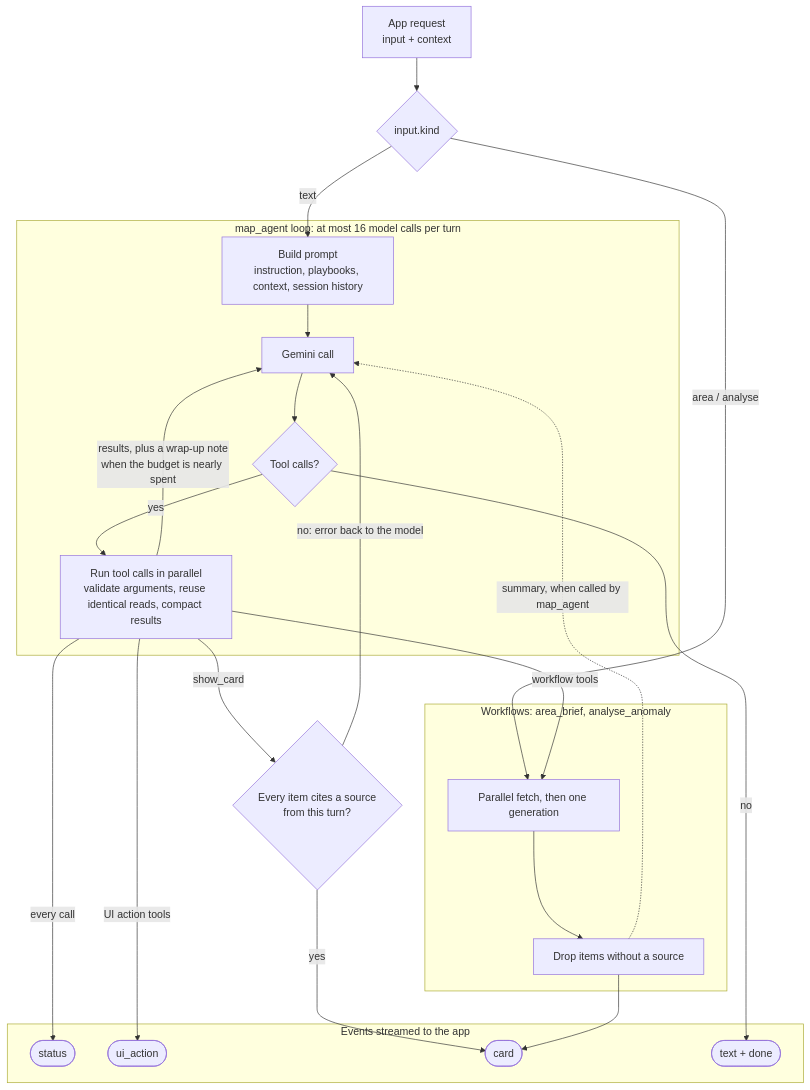
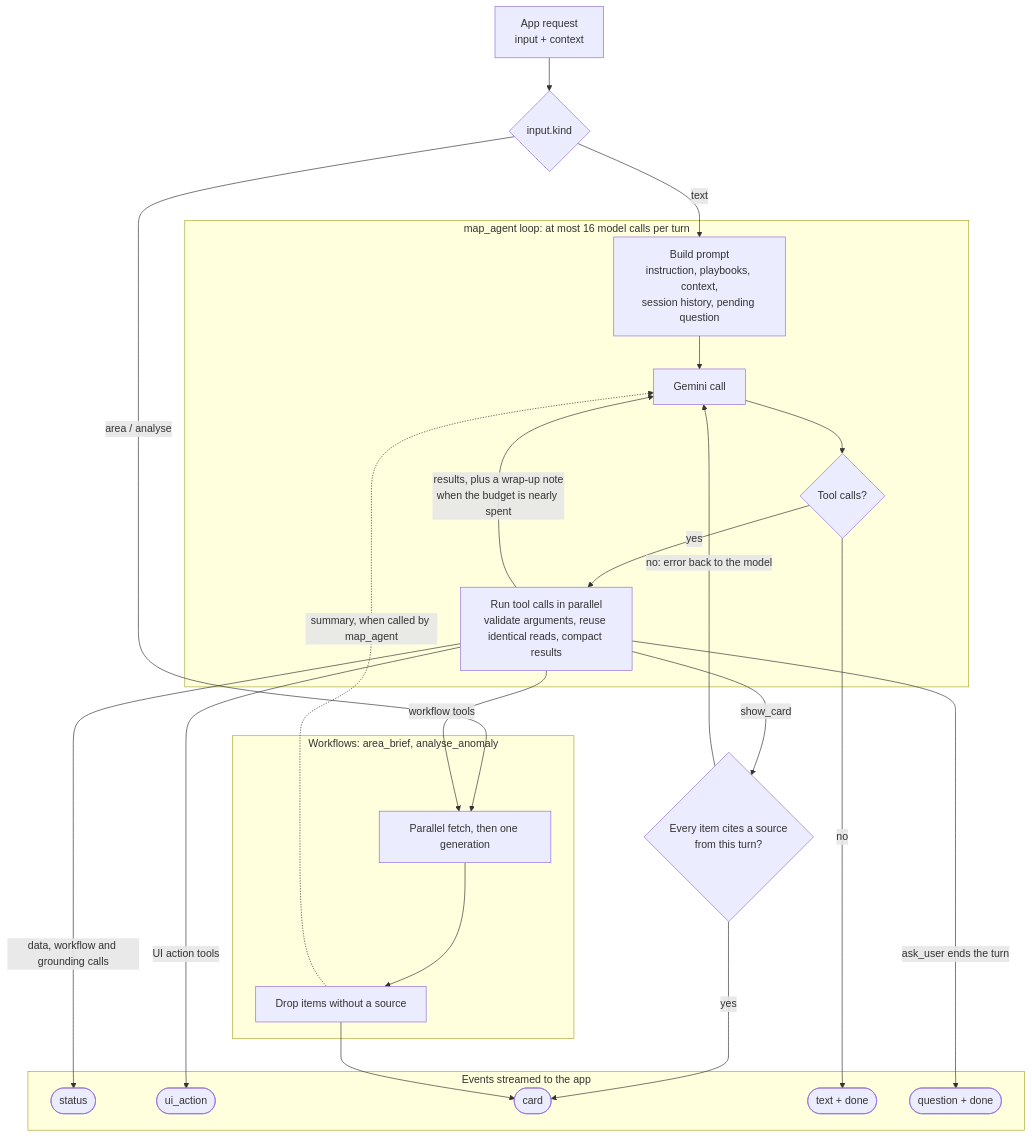
One commit to at2am/melens changed the diagram in system-design/agent-design.md. Above: the diagram before and after it, drawn with Mermaid. The commit also changed other lines of this file and 4 other files, not shown here.

First line of the commit message:
Add ask_user: one question when context cannot resolve a request

````diff
--- a/system-design/agent-design.md
+++ b/system-design/agent-design.md
@@ -36,35 +36,37 @@
 ```mermaid
 flowchart TD
   Req["App request<br/>input + context"] --> Route{"input.kind"}
-  Route -- "text" --> Prompt["Build prompt<br/>instruction, playbooks, context, session history"]
+  Route -- "text" --> Prompt["Build prompt<br/>instruction, playbooks, context,<br/>session history, pending question"]
   Route -- "area / analyse" --> WF
 
   subgraph LoopG["map_agent loop: at most 16 model calls per turn"]
     Prompt --> Model["Gemini call"]
     Model --> HasTools{"Tool calls?"}
     HasTools -- "yes" --> Exec["Run tool calls in parallel<br/>validate arguments, reuse identical reads, compact results"]
     Exec -- "results, plus a wrap-up note<br/>when the budget is nearly spent" --> Model
   end
 
   subgraph WFG["Workflows: area_brief, analyse_anomaly"]
     WF["Parallel fetch, then one generation"] --> Drop["Drop items without a source"]
   end
 
   Exec -- "workflow tools" --> WF
   Drop -.->|"summary, when called by map_agent"| Model
   Exec -- "show_card" --> Check{"Every item cites a source<br/>from this turn?"}
   Check -- "no: error back to the model" --> Model
 
   subgraph Out["Events streamed to the app"]
     Status(["status"])
     UIEv(["ui_action"])
     CardEv(["card"])
     Done(["text + done"])
+    Ask(["question + done"])
   end
 
-  Exec -- "every call" --> Status
+  Exec -- "data, workflow and grounding calls" --> Status
   Exec -- "UI action tools" --> UIEv
   Check -- "yes" --> CardEv
   Drop --> CardEv
   HasTools -- "no" --> Done
+  Exec -- "ask_user ends the turn" --> Ask
 ```
````
